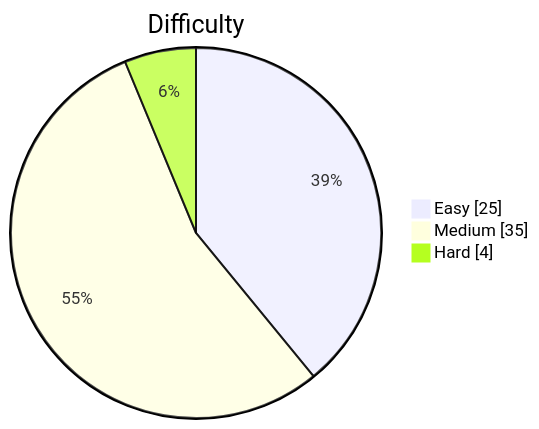
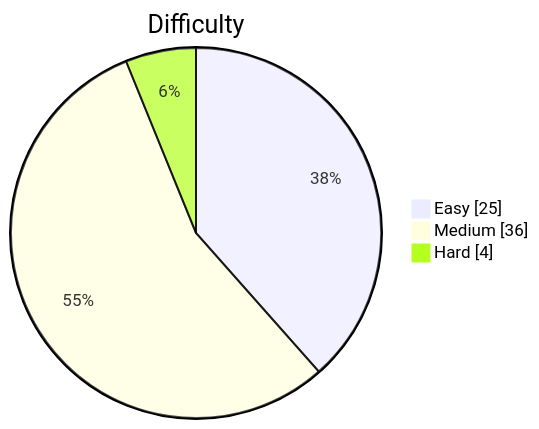
One commit to kevstevie/python-algo-practice changed the diagram in README.md. Above: the diagram before and after it, drawn with Mermaid. The commit also changed other lines of this file, not shown here.

````diff
--- a/README.md
+++ b/README.md
@@ -13,7 +13,7 @@
 ```mermaid
 pie showData
     title Difficulty
     "Easy"   : 25
-    "Medium" : 35
+    "Medium" : 36
     "Hard"   : 4
 ```
````
